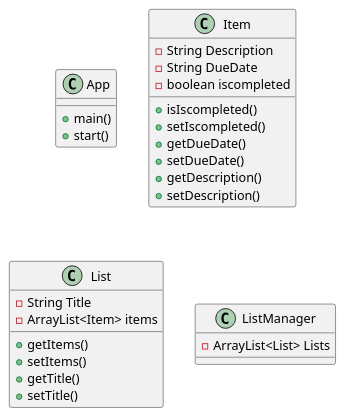
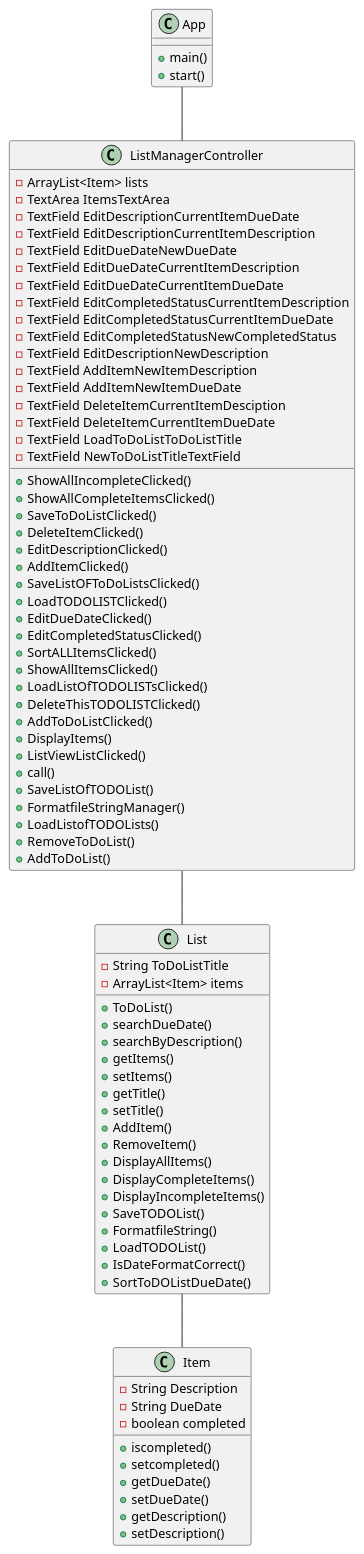
Before and after one commit to Awesome-wolf-101/ashby-cop3330-assignment4: the diagram in uml/Application.puml, drawn with PlantUML. The commit also changed 14 other files, not shown here.

```diff
--- a/uml/Application.puml
+++ b/uml/Application.puml
@@ -1,43 +1,97 @@
 @startuml
 'https://plantuml.com/sequence-diagram
 
 class App{
 
 +main()
 +start()
 }
 
 class Item{
     - String Description
     - String DueDate
-    - boolean iscompleted
+    - boolean completed
 
-    +isIscompleted()
-    +setIscompleted()
+    +iscompleted()
+    +setcompleted()
     +getDueDate()
     +setDueDate()
     +getDescription()
     +setDescription()
 
 }
 
 class List{
 
-    -String Title
+    -String ToDoListTitle
     -ArrayList<Item> items
 
+    +ToDoList()
+    +searchDueDate()
+    +searchByDescription()
     +getItems()
     +setItems()
     +getTitle()
     +setTitle()
+    +AddItem()
+    +RemoveItem()
+    +DisplayAllItems()
+    +DisplayCompleteItems()
+    +DisplayIncompleteItems()
+    +SaveTODOList()
+    +FormatfileString()
+    +LoadTODOList()
+    +IsDateFormatCorrect()
+    +SortToDOListDueDate()
 
 }
 
-class ListManager{
+class ListManagerController{
+    -ArrayList<Item> lists
+    - TextArea ItemsTextArea
+    - TextField EditDescriptionCurrentItemDueDate
+    - TextField EditDescriptionCurrentItemDescription
+    - TextField EditDueDateNewDueDate
+    - TextField EditDueDateCurrentItemDescription
+    - TextField EditDueDateCurrentItemDueDate
+    - TextField EditCompletedStatusCurrentItemDescription
+    - TextField EditCompletedStatusCurrentItemDueDate
+    - TextField EditCompletedStatusNewCompletedStatus
+    - TextField EditDescriptionNewDescription
+    - TextField AddItemNewItemDescription
+    - TextField AddItemNewItemDueDate
+    - TextField DeleteItemCurrentItemDesciption
+    - TextField DeleteItemCurrentItemDueDate
+    - TextField LoadToDoListToDoListTitle
+    - TextField NewToDoListTitleTextField
 
--ArrayList<List> Lists
-
+    +ShowAllIncompleteClicked()
+    +ShowAllCompleteItemsClicked()
+    +SaveToDoListClicked()
+    +DeleteItemClicked()
+    +EditDescriptionClicked()
+    +AddItemClicked()
+    +SaveListOFToDoListsClicked()
+    +LoadTODOLISTClicked()
+    +EditDueDateClicked()
+    +EditCompletedStatusClicked()
+    +SortALLItemsClicked()
+    +ShowAllItemsClicked()
+    +LoadListOfTODOLISTsClicked()
+    +DeleteThisTODOLISTClicked()
+    +AddToDoListClicked()
+    +DisplayItems()
+    +ListViewListClicked()
+    +call()
+    +SaveListOfTODOList()
+    +FormatfileStringManager()
+    +LoadListofTODOLists()
+    +RemoveToDoList()
+    +AddToDoList()
 
 }
 
+List -- Item
+ListManagerController-- List
+App -- ListManagerController
 @enduml
```
